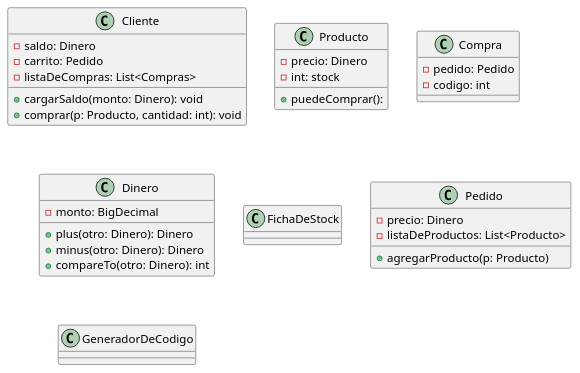
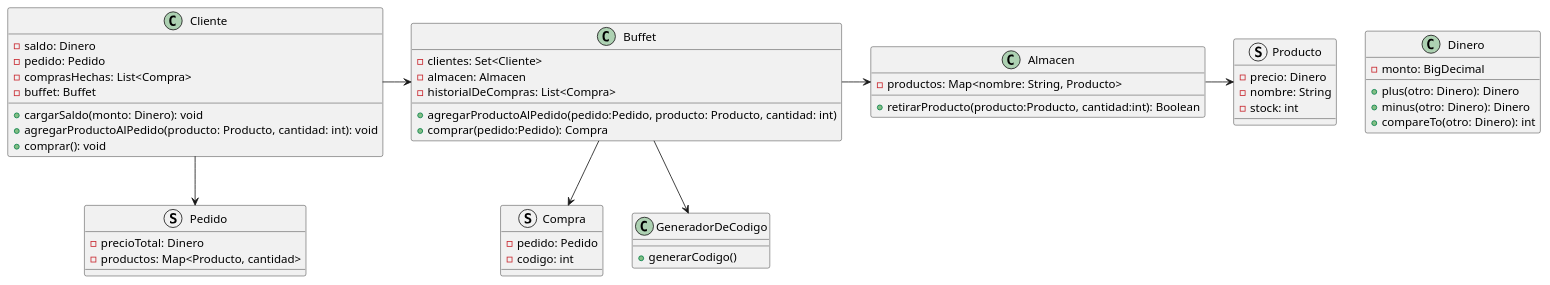
The diagram in diagramas/diagramaDeClasesGeneral.puml (ariana-salese/DNT-TakeAwayNow), drawn with PlantUML before and after one commit. The commit also changed 1 other file, not shown here.

Commit message:
propuesta de clases

```diff
--- a/diagramas/diagramaDeClasesGeneral.puml
+++ b/diagramas/diagramaDeClasesGeneral.puml
@@ -1,48 +1,58 @@
-@startuml diagrama de clases general
-
+@startuml
 class Cliente {
     - saldo: Dinero
-    - carrito: Pedido 
-    - listaDeCompras: List<Compras>
+    - pedido: Pedido 
+    - comprasHechas: List<Compra>
+    - buffet: Buffet
     + cargarSaldo(monto: Dinero): void
-    + comprar(p: Producto, cantidad: int): void
+    + agregarProductoAlPedido(producto: Producto, cantidad: int): void
+    + comprar(): void
 }
 
-class Producto {
+Struct Producto {
     - precio: Dinero 
-    - int: stock 
-    + puedeComprar(): 
+    - nombre: String
+    - stock: int
 }
 
-class Compra {
+Struct Compra {
     - pedido: Pedido
     - codigo: int
 }
 
 class Dinero {
     - monto: BigDecimal
     + plus(otro: Dinero): Dinero
     + minus(otro: Dinero): Dinero
     + compareTo(otro: Dinero): int
 }
 
-class FichaDeStock {
-
+class Almacen{
+    -productos: Map<nombre: String, Producto>
+    +retirarProducto(producto:Producto, cantidad:int): Boolean
 }
 
-class Pedido {
-    - precio: Dinero
-    - listaDeProductos: List<Producto>
-    + agregarProducto(p: Producto)
+Struct Pedido {
+    - precioTotal: Dinero
+    - productos: Map<Producto, cantidad>
 }
 
 class GeneradorDeCodigo {
-    
+    +generarCodigo()
 }
 
-'Posibles clases:
+class Buffet {
+    -clientes: Set<Cliente>
+    -almacen: Almacen
+    -historialDeCompras: List<Compra>
+    +agregarProductoAlPedido(pedido:Pedido, producto: Producto, cantidad: int)
+    +comprar(pedido:Pedido): Compra
+}
 
-'- si hacemos mas de un buffet
-' class Buffet
-
+Cliente -> Buffet
+Cliente -down->Pedido
+Buffet -> Almacen
+Buffet -down-> Compra
+Buffet -down-> GeneradorDeCodigo
+Almacen -> Producto
 @enduml
```
